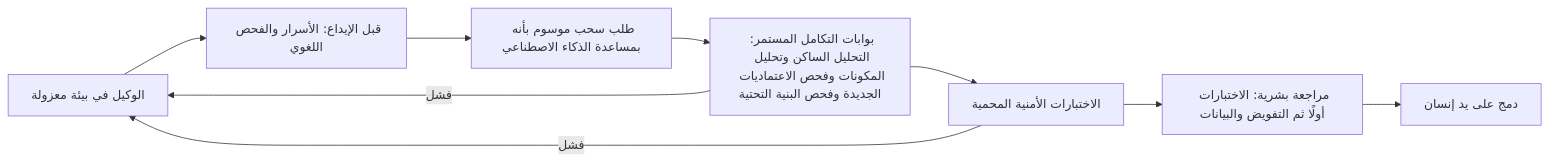
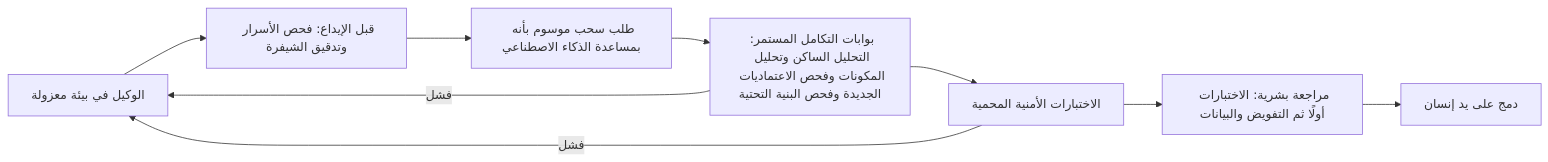
Before and after one commit to Tamoura/system-design-for-vibe-coders: the third of 3 diagrams in secai/modules/06-sdlc.ar.md, drawn with Mermaid. The commit also changed other lines of this file and 17 other files, not shown here.

````diff
--- a/secai/modules/06-sdlc.ar.md
+++ b/secai/modules/06-sdlc.ar.md
@@ -642,11 +642,11 @@
 ```mermaid
 flowchart LR
-    A["الوكيل في بيئة معزولة"] --> H["قبل الإيداع: الأسرار والفحص اللغوي"]
+    A["الوكيل في بيئة معزولة"] --> H["قبل الإيداع: فحص الأسرار وتدقيق الشيفرة"]
     H --> PR["طلب سحب موسوم بأنه بمساعدة الذكاء الاصطناعي"]
     PR --> G["بوابات التكامل المستمر: التحليل الساكن وتحليل المكونات وفحص الاعتماديات الجديدة وفحص البنية التحتية"]
     G --> T["الاختبارات الأمنية المحمية"]
     T --> RV["مراجعة بشرية: الاختبارات أولًا ثم التفويض والبيانات"]
     RV --> M["دمج على يد إنسان"]
     G -->|"فشل"| A
     T -->|"فشل"| A
 ```
````
